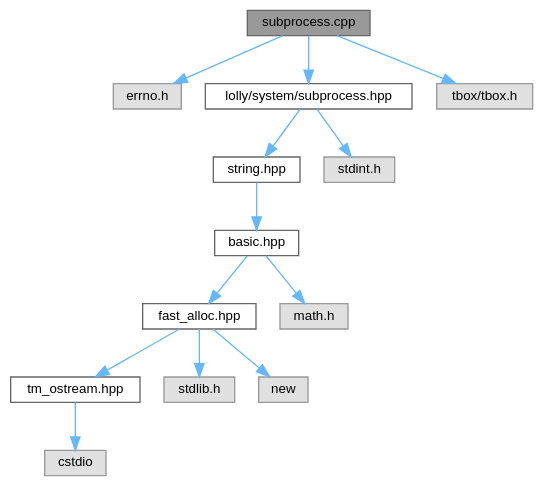
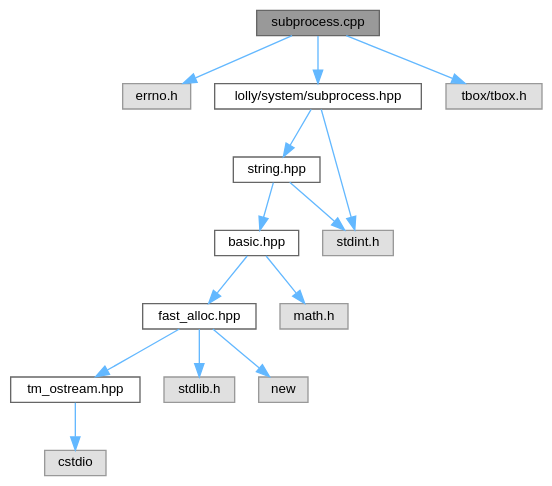
The diagram in subprocess_8cpp__incl.dot (XmacsLabs/lolly), drawn with Graphviz before and after one commit. The commit also changed 1086 other files, not shown here.

```diff
--- a/subprocess_8cpp__incl.dot
+++ b/subprocess_8cpp__incl.dot
@@ -1,32 +1,33 @@
 digraph "subprocess.cpp"
 {
  // LATEX_PDF_SIZE
   bgcolor="transparent";
   edge [fontname=Helvetica,fontsize=10,labelfontname=Helvetica,labelfontsize=10];
   node [fontname=Helvetica,fontsize=10,shape=box,height=0.2,width=0.4];
   Node1 [id="Node000001",label="subprocess.cpp",height=0.2,width=0.4,color="gray40", fillcolor="grey60", style="filled", fontcolor="black",tooltip=" "];
   Node1 -> Node2 [id="edge1_Node000001_Node000002",color="steelblue1",style="solid",tooltip=" "];
   Node2 [id="Node000002",label="errno.h",height=0.2,width=0.4,color="grey60", fillcolor="#E0E0E0", style="filled",tooltip=" "];
   Node1 -> Node3 [id="edge2_Node000001_Node000003",color="steelblue1",style="solid",tooltip=" "];
   Node3 [id="Node000003",label="lolly/system/subprocess.hpp",height=0.2,width=0.4,color="grey40", fillcolor="white", style="filled",URL="$subprocess_8hpp.html",tooltip=" "];
   Node3 -> Node4 [id="edge3_Node000003_Node000004",color="steelblue1",style="solid",tooltip=" "];
   Node4 [id="Node000004",label="string.hpp",height=0.2,width=0.4,color="grey40", fillcolor="white", style="filled",URL="$string_8hpp.html",tooltip=" "];
   Node4 -> Node5 [id="edge4_Node000004_Node000005",color="steelblue1",style="solid",tooltip=" "];
   Node5 [id="Node000005",label="basic.hpp",height=0.2,width=0.4,color="grey40", fillcolor="white", style="filled",URL="$basic_8hpp.html",tooltip=" "];
   Node5 -> Node6 [id="edge5_Node000005_Node000006",color="steelblue1",style="solid",tooltip=" "];
   Node6 [id="Node000006",label="fast_alloc.hpp",height=0.2,width=0.4,color="grey40", fillcolor="white", style="filled",URL="$fast__alloc_8hpp.html",tooltip=" "];
   Node6 -> Node7 [id="edge6_Node000006_Node000007",color="steelblue1",style="solid",tooltip=" "];
   Node7 [id="Node000007",label="tm_ostream.hpp",height=0.2,width=0.4,color="grey40", fillcolor="white", style="filled",URL="$tm__ostream_8hpp.html",tooltip=" "];
   Node7 -> Node8 [id="edge7_Node000007_Node000008",color="steelblue1",style="solid",tooltip=" "];
   Node8 [id="Node000008",label="cstdio",height=0.2,width=0.4,color="grey60", fillcolor="#E0E0E0", style="filled",tooltip=" "];
   Node6 -> Node9 [id="edge8_Node000006_Node000009",color="steelblue1",style="solid",tooltip=" "];
   Node9 [id="Node000009",label="stdlib.h",height=0.2,width=0.4,color="grey60", fillcolor="#E0E0E0", style="filled",tooltip=" "];
   Node6 -> Node10 [id="edge9_Node000006_Node000010",color="steelblue1",style="solid",tooltip=" "];
   Node10 [id="Node000010",label="new",height=0.2,width=0.4,color="grey60", fillcolor="#E0E0E0", style="filled",tooltip=" "];
   Node5 -> Node11 [id="edge10_Node000005_Node000011",color="steelblue1",style="solid",tooltip=" "];
   Node11 [id="Node000011",label="math.h",height=0.2,width=0.4,color="grey60", fillcolor="#E0E0E0", style="filled",tooltip=" "];
-  Node3 -> Node12 [id="edge11_Node000003_Node000012",color="steelblue1",style="solid",tooltip=" "];
+  Node4 -> Node12 [id="edge11_Node000004_Node000012",color="steelblue1",style="solid",tooltip=" "];
   Node12 [id="Node000012",label="stdint.h",height=0.2,width=0.4,color="grey60", fillcolor="#E0E0E0", style="filled",tooltip=" "];
-  Node1 -> Node13 [id="edge12_Node000001_Node000013",color="steelblue1",style="solid",tooltip=" "];
+  Node3 -> Node12 [id="edge12_Node000003_Node000012",color="steelblue1",style="solid",tooltip=" "];
+  Node1 -> Node13 [id="edge13_Node000001_Node000013",color="steelblue1",style="solid",tooltip=" "];
   Node13 [id="Node000013",label="tbox/tbox.h",height=0.2,width=0.4,color="grey60", fillcolor="#E0E0E0", style="filled",tooltip=" "];
 }
```
